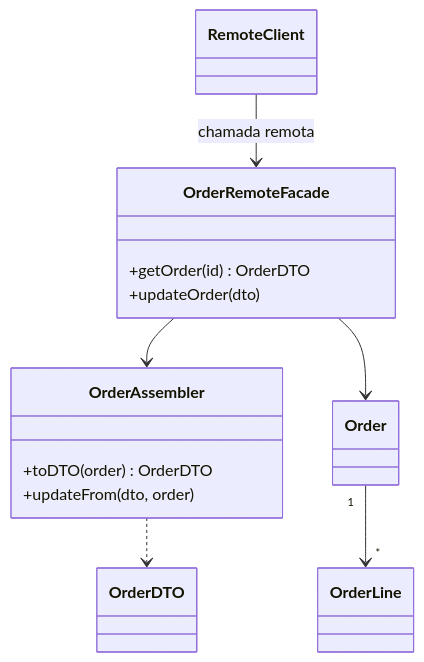
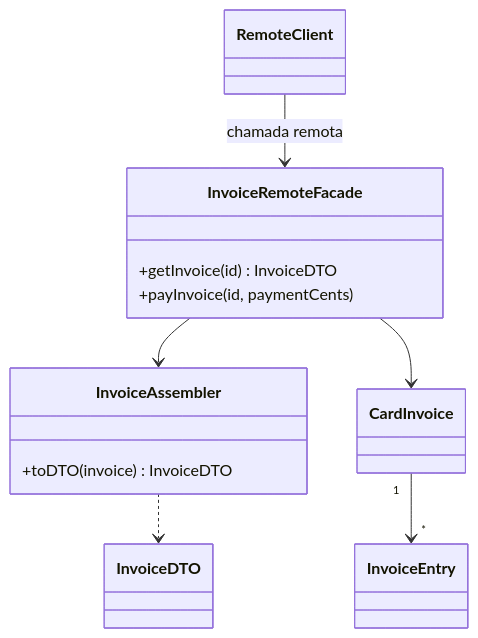
The diagram in docs/design/poeaa/distribution/remote-facade.md (alancesar/design-patterns), drawn with Mermaid before and after one commit. The commit also changed other lines of this file and 95 other files, not shown here.

First line of the commit message:
Switch PoEAA examples and diagrams to fintech scenarios

````diff
--- a/docs/design/poeaa/distribution/remote-facade.md
+++ b/docs/design/poeaa/distribution/remote-facade.md
@@ -58,20 +58,19 @@
 ```mermaid
 classDiagram
     class RemoteClient
-    class OrderRemoteFacade {
-        +getOrder(id) OrderDTO
-        +updateOrder(dto)
+    class InvoiceRemoteFacade {
+        +getInvoice(id) InvoiceDTO
+        +payInvoice(id, paymentCents)
     }
-    class OrderAssembler {
-        +toDTO(order) OrderDTO
-        +updateFrom(dto, order)
+    class InvoiceAssembler {
+        +toDTO(invoice) InvoiceDTO
     }
-    class Order
-    class OrderLine
-    class OrderDTO
-    RemoteClient --> OrderRemoteFacade : chamada remota
-    OrderRemoteFacade --> OrderAssembler
-    OrderRemoteFacade --> Order
-    Order "1" --> "*" OrderLine
-    OrderAssembler ..> OrderDTO
+    class CardInvoice
+    class InvoiceEntry
+    class InvoiceDTO
+    RemoteClient --> InvoiceRemoteFacade : chamada remota
+    InvoiceRemoteFacade --> InvoiceAssembler
+    InvoiceRemoteFacade --> CardInvoice
+    CardInvoice "1" --> "*" InvoiceEntry
+    InvoiceAssembler ..> InvoiceDTO
 ```
````
